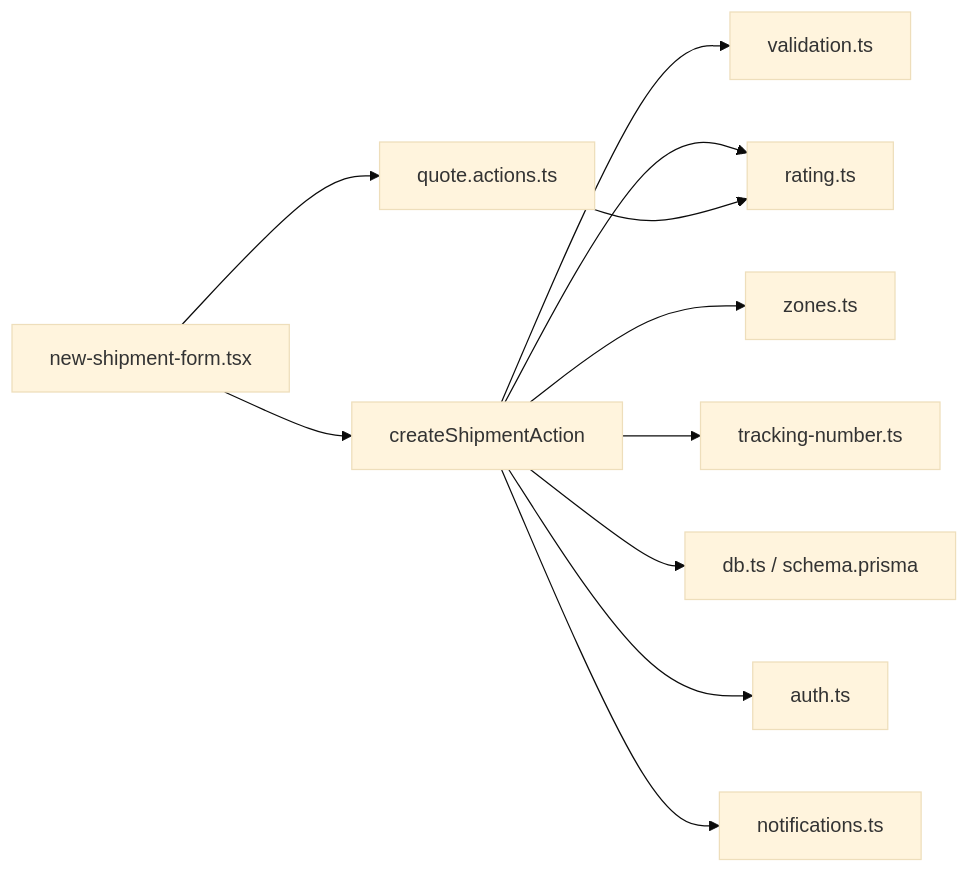
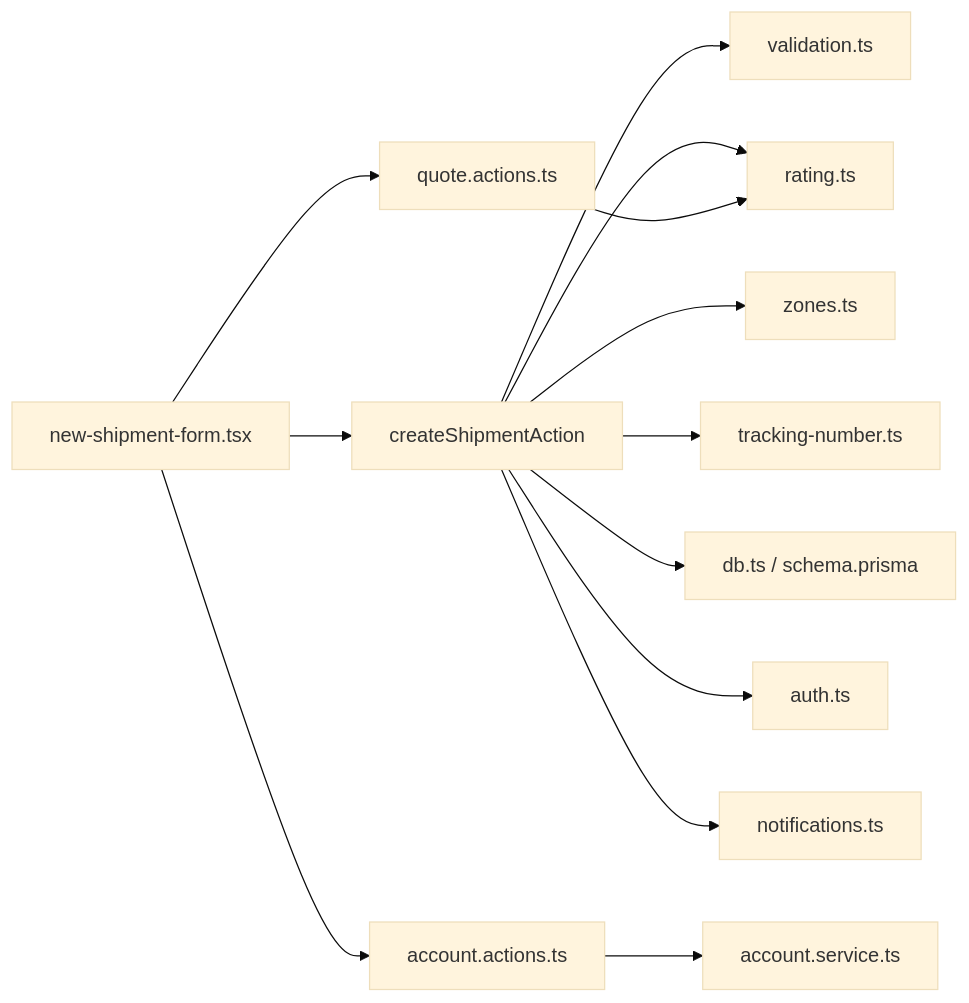
One commit to gyamposudodzi/Timberland changed the eighth of 8 diagrams in .qoder/repowiki/en/content/Shipment Management/Shipment Creation.md. Above: the diagram before and after it, drawn with Mermaid (base theme). The commit also changed other lines of this file and 28 other files, not shown here.

````diff
--- a/.qoder/repowiki/en/content/Shipment Management/Shipment Creation.md
+++ b/.qoder/repowiki/en/content/Shipment Management/Shipment Creation.md
@@ -439,13 +537,15 @@
 ```mermaid
 graph LR
 SA["createShipmentAction"] --> VAL["validation.ts"]
 SA --> RATING["rating.ts"]
 SA --> ZONES["zones.ts"]
 SA --> TN["tracking-number.ts"]
 SA --> DB["db.ts / schema.prisma"]
 SA --> AUTH["auth.ts"]
 SA --> NOTIF["notifications.ts"]
 UI["new-shipment-form.tsx"] --> SA
 UI --> QA["quote.actions.ts"]
+UI --> AM["account.actions.ts"]
+AM --> AS["account.service.ts"]
 QA --> RATING
 ```
````
